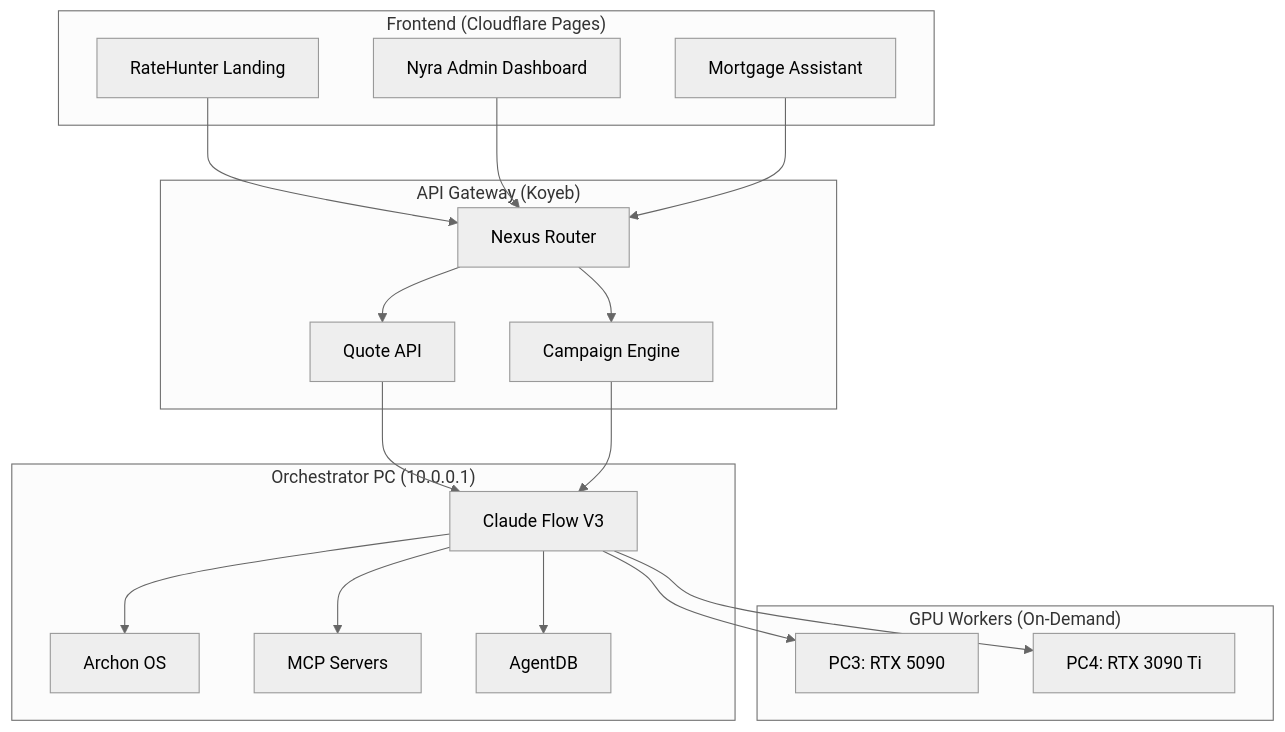
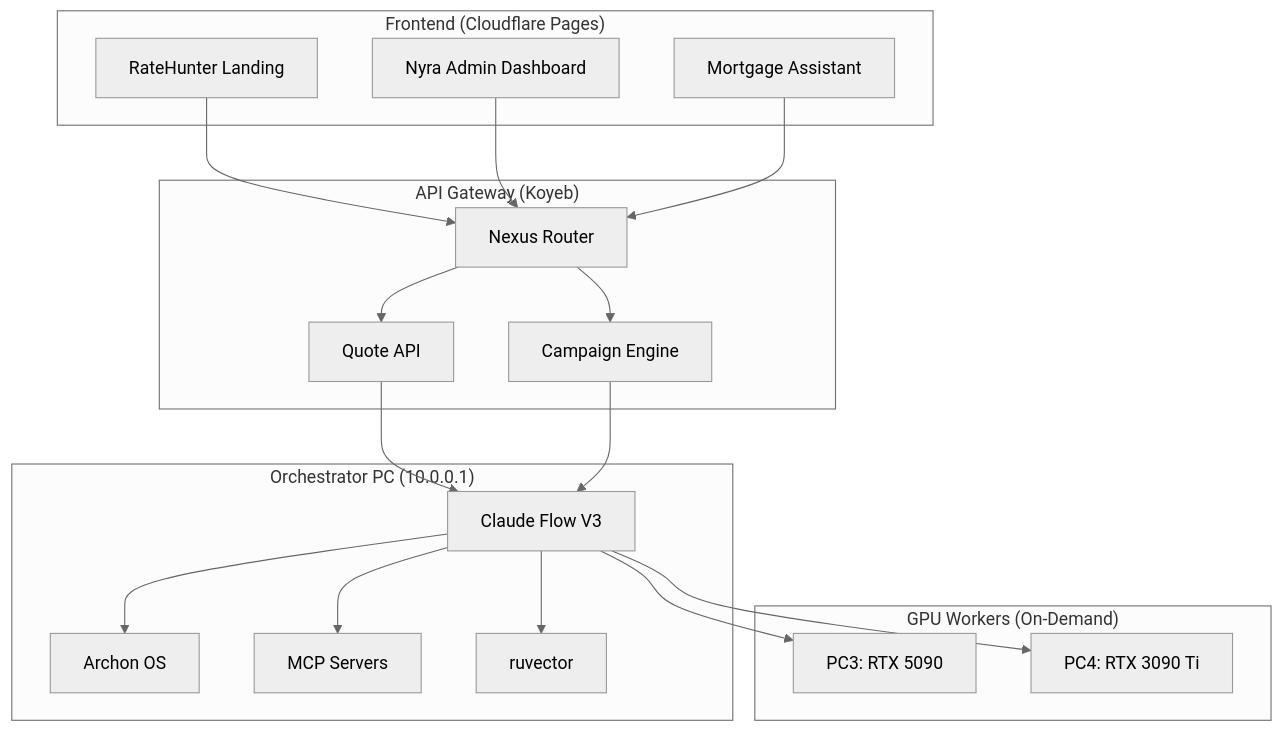
The diagram in docs/architecture/REPOSITORY-ARCHITECTURE-ANALYSIS.md (ellisapotheosis/Project-Nyra), drawn with Mermaid (neutral theme) before and after one commit. The commit also changed other lines of this file and 992 other files, not shown here.

````diff
--- a/docs/architecture/REPOSITORY-ARCHITECTURE-ANALYSIS.md
+++ b/docs/architecture/REPOSITORY-ARCHITECTURE-ANALYSIS.md
@@ -622,39 +622,39 @@
    ```mermaid
    graph TB
      subgraph "Frontend (Cloudflare Pages)"
        A[RateHunter Landing]
        B[Nyra Admin Dashboard]
        C[Mortgage Assistant]
      end
 
      subgraph "API Gateway (Koyeb)"
        D[Nexus Router]
        E[Quote API]
        F[Campaign Engine]
      end
 
      subgraph "Orchestrator PC (10.0.0.1)"
        G[Claude Flow V3]
        H[Archon OS]
        I[MCP Servers]
-       J[AgentDB]
+       J[ruvector]
      end
 
      subgraph "GPU Workers (On-Demand)"
        K[PC3: RTX 5090]
        L[PC4: RTX 3090 Ti]
      end
 
      A --> D
      B --> D
      C --> D
      D --> E
      D --> F
      E --> G
      F --> G
      G --> H
      G --> I
      G --> J
      G --> K
      G --> L
    ```
````
